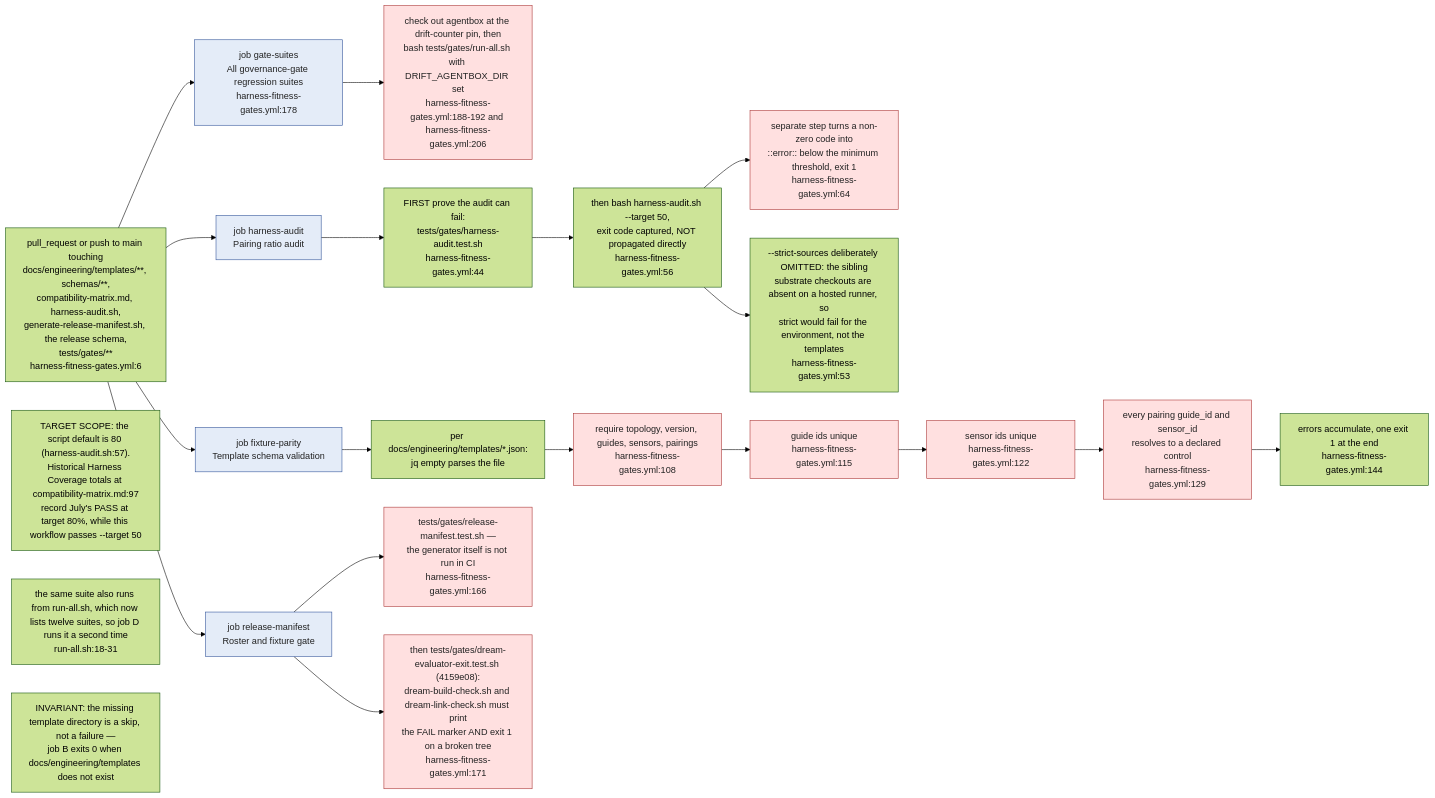
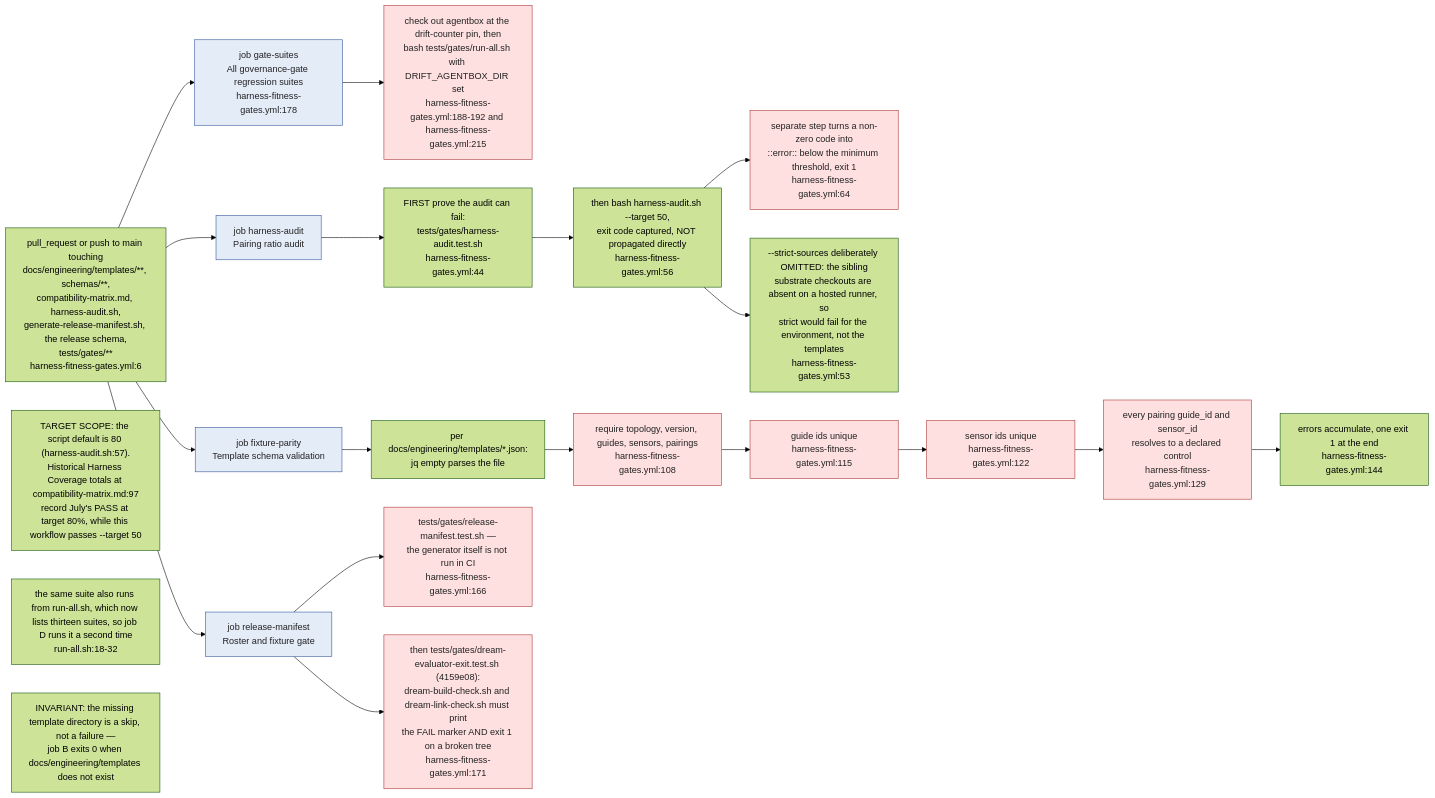
Before and after one commit to DreamLab-AI/VisionFlow: the seventh of 13 diagrams in docs/diagrams/visionflow/05-governance-gates.md, drawn with Mermaid (forest theme). The commit also changed other lines of this file and 7 other files, not shown here.

````diff
--- a/docs/diagrams/visionflow/05-governance-gates.md
+++ b/docs/diagrams/visionflow/05-governance-gates.md
@@ -318,32 +319,32 @@
 ```mermaid
 flowchart LR
     classDef job fill:#e4ecf8,stroke:#33559a,color:#222
     classDef block fill:#ffe0e0,stroke:#aa3333,color:#222
 
     TRIG["pull_request or push to main touching<br/>docs/engineering/templates/**, schemas/**,<br/>compatibility-matrix.md, harness-audit.sh,<br/>generate-release-manifest.sh, the release schema,<br/>tests/gates/**<br/>harness-fitness-gates.yml:6"]
 
     TRIG --> A["job harness-audit<br/>Pairing ratio audit"]:::job
     TRIG --> B["job fixture-parity<br/>Template schema validation"]:::job
     TRIG --> C["job release-manifest<br/>Roster and fixture gate"]:::job
     TRIG --> D["job gate-suites<br/>All governance-gate regression suites<br/>harness-fitness-gates.yml:178"]:::job
-    D --> D1["check out agentbox at the drift-counter pin, then<br/>bash tests/gates/run-all.sh with DRIFT_AGENTBOX_DIR set<br/>harness-fitness-gates.yml:188-192 and harness-fitness-gates.yml:206"]:::block
+    D --> D1["check out agentbox at the drift-counter pin, then<br/>bash tests/gates/run-all.sh with DRIFT_AGENTBOX_DIR set<br/>harness-fitness-gates.yml:188-192 and harness-fitness-gates.yml:215"]:::block
 
     A --> A1["FIRST prove the audit can fail:<br/>tests/gates/harness-audit.test.sh<br/>harness-fitness-gates.yml:44"]
     A1 --> A2["then bash harness-audit.sh --target 50,<br/>exit code captured, NOT propagated directly<br/>harness-fitness-gates.yml:56"]
     A2 --> A3["separate step turns a non-zero code into<br/>::error:: below the minimum threshold, exit 1<br/>harness-fitness-gates.yml:64"]:::block
     A2 --> A4["--strict-sources deliberately OMITTED: the sibling<br/>substrate checkouts are absent on a hosted runner, so<br/>strict would fail for the environment, not the templates<br/>harness-fitness-gates.yml:53"]
 
     B --> B1["per docs/engineering/templates/*.json:<br/>jq empty parses the file"]
     B1 --> B2["require topology, version, guides, sensors, pairings<br/>harness-fitness-gates.yml:108"]:::block
     B2 --> B3["guide ids unique<br/>harness-fitness-gates.yml:115"]:::block
     B3 --> B4["sensor ids unique<br/>harness-fitness-gates.yml:122"]:::block
     B4 --> B5["every pairing guide_id and sensor_id<br/>resolves to a declared control<br/>harness-fitness-gates.yml:129"]:::block
     B5 --> B6["errors accumulate, one exit 1 at the end<br/>harness-fitness-gates.yml:144"]
 
     C --> C1["tests/gates/release-manifest.test.sh —<br/>the generator itself is not run in CI<br/>harness-fitness-gates.yml:166"]:::block
     C --> C2["then tests/gates/dream-evaluator-exit.test.sh (4159e08):<br/>dream-build-check.sh and dream-link-check.sh must print<br/>the FAIL marker AND exit 1 on a broken tree<br/>harness-fitness-gates.yml:171"]:::block
 
     NOTE1["TARGET SCOPE: the script default is 80 (harness-audit.sh:57).<br/>Historical Harness Coverage totals at compatibility-matrix.md:97<br/>record July's PASS at target 80%, while this workflow passes --target 50"]
-    NOTE4["the same suite also runs from run-all.sh, which now lists twelve suites, so job D runs it a second time<br/>run-all.sh:18-31"]
+    NOTE4["the same suite also runs from run-all.sh, which now lists thirteen suites, so job D runs it a second time<br/>run-all.sh:18-32"]
     NOTE2["INVARIANT: the missing template directory is a skip, not a failure —<br/>job B exits 0 when docs/engineering/templates does not exist"]
 ```
````
